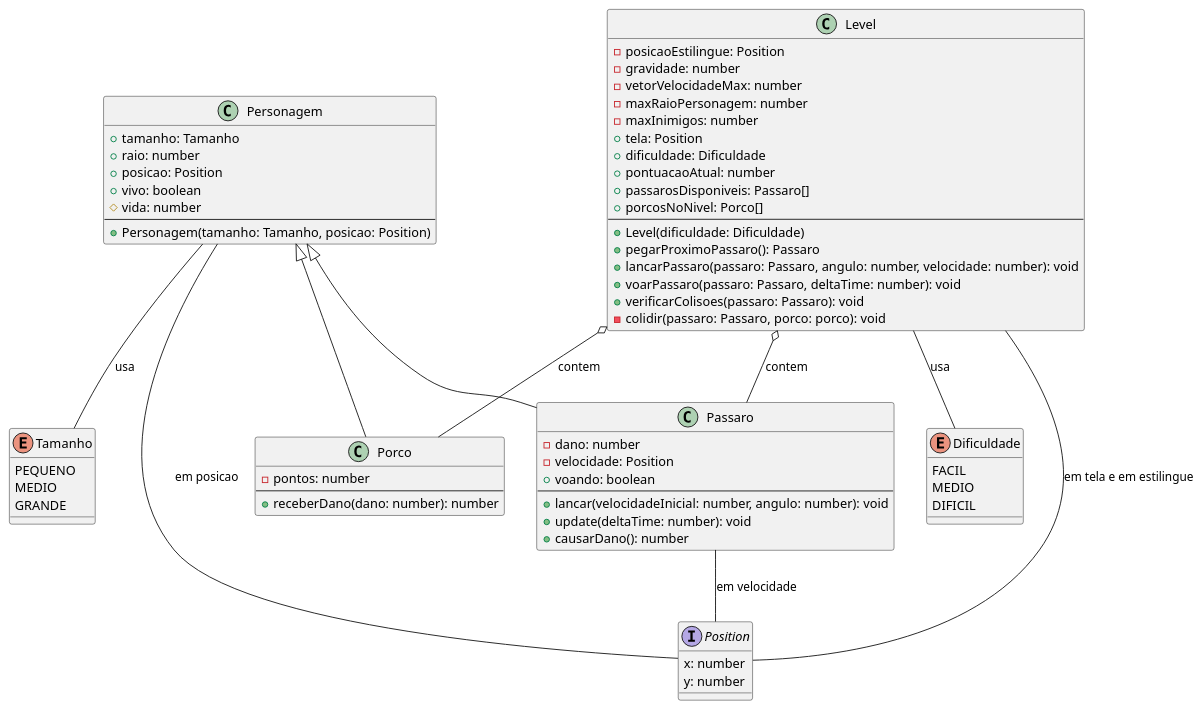
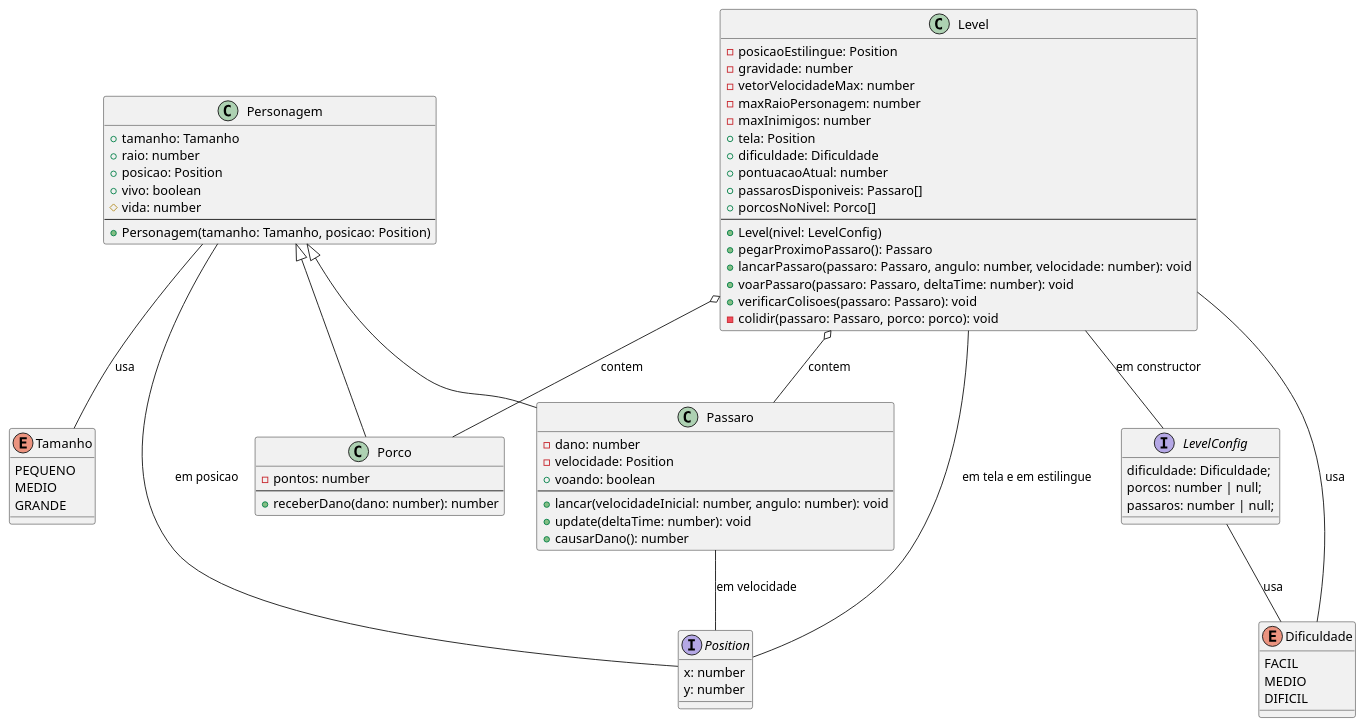
One commit to reali-705/cc-ufpa changed the diagram in activity 4/diagramaClasses.puml. Above: the diagram before and after it, drawn with PlantUML. The commit also changed 14 other files, not shown here.

```diff
--- a/activity 4/diagramaClasses.puml
+++ b/activity 4/diagramaClasses.puml
@@ -1,100 +1,108 @@
 @startuml Classes Angrys Birds
 
 ' <<========================================================================>>
 ' <<                              ENUNS                                     >>
 ' <<========================================================================>>
 
 enum Tamanho {
     PEQUENO
     MEDIO
     GRANDE
 }
 
 enum Dificuldade {
     FACIL
     MEDIO
     DIFICIL
 }
 
 ' <<========================================================================>>
 ' <<                             INTERFACES                                 >>
 ' <<========================================================================>>
 
 ' Interface para representar coordenadas X e Y
 interface Position {
     x: number
     y: number
 }
 
+interface LevelConfig {
+    dificuldade: Dificuldade;
+    porcos: number | null;
+    passaros: number | null;
+}
+
 ' <<========================================================================>>
 ' <<                             CLASSES                                    >>
 ' <<========================================================================>>
 
 class Level {
     - posicaoEstilingue: Position
     - gravidade: number
     - vetorVelocidadeMax: number
     - maxRaioPersonagem: number
     - maxInimigos: number
     + tela: Position
     + dificuldade: Dificuldade
     + pontuacaoAtual: number
     + passarosDisponiveis: Passaro[]
     + porcosNoNivel: Porco[]
     --
-    + Level(dificuldade: Dificuldade)
+    + Level(nivel: LevelConfig)
     + pegarProximoPassaro(): Passaro
     + lancarPassaro(passaro: Passaro, angulo: number, velocidade: number): void
     + voarPassaro(passaro: Passaro, deltaTime: number): void
     + verificarColisoes(passaro: Passaro): void
     - colidir(passaro: Passaro, porco: porco): void
 }
 
 class Personagem {
     + tamanho: Tamanho
     + raio: number
     + posicao: Position
     + vivo: boolean
     # vida: number
     --
     + Personagem(tamanho: Tamanho, posicao: Position)
 }
 
 class Porco {
     - pontos: number
     --
     + receberDano(dano: number): number
 }
 
 class Passaro {
     - dano: number
     - velocidade: Position
     + voando: boolean
     --
     + lancar(velocidadeInicial: number, angulo: number): void
     + update(deltaTime: number): void
     + causarDano(): number
 }
 
 ' <<========================================================================>>
 ' <<                           RELAÇÕES                                     >>
 ' <<========================================================================>>
 
 ' Heranças
 Personagem <|-- Porco
 Personagem <|-- Passaro
 
 ' Relações de Uso (Associações) - Indicam que uma classe usa o ENUM como tipo
 Personagem -- Tamanho : usa
 Level -- Dificuldade : usa
+LevelConfig -- Dificuldade: usa
 
 ' Relações de Agregação/Composição (Level contem Porcos e Pássaros)
 Level o-- Porco : contem
 Level o-- Passaro : contem
 
 ' Relações de Uso para a Interface Position
 Personagem -- Position : em posicao
 Passaro -- Position : em velocidade
 Level -- Position : em tela e em estilingue
+Level -- LevelConfig : em constructor
 
 @enduml
```
